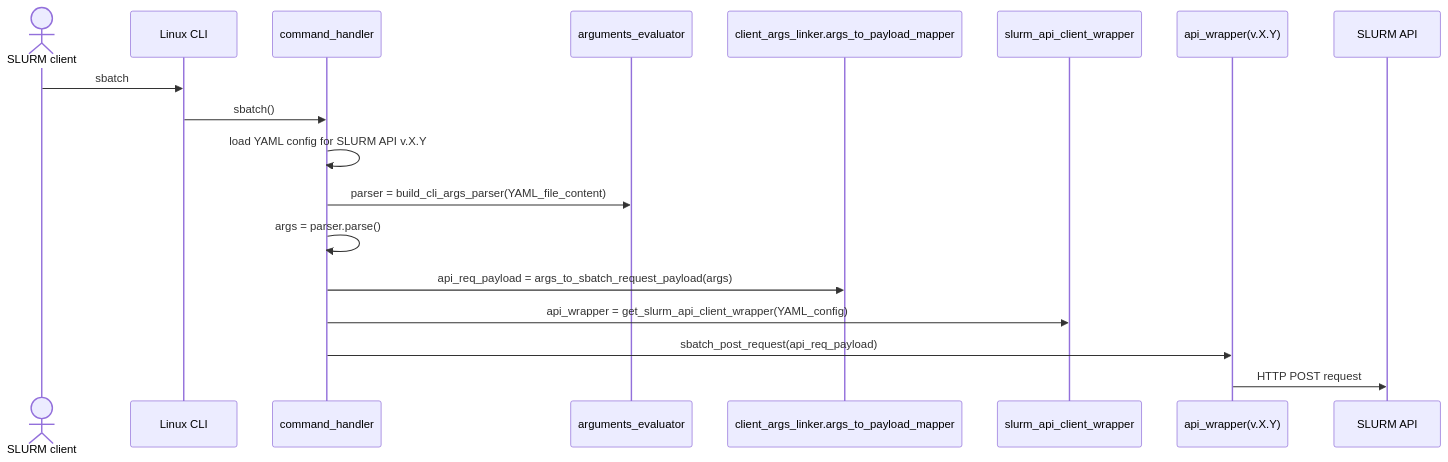
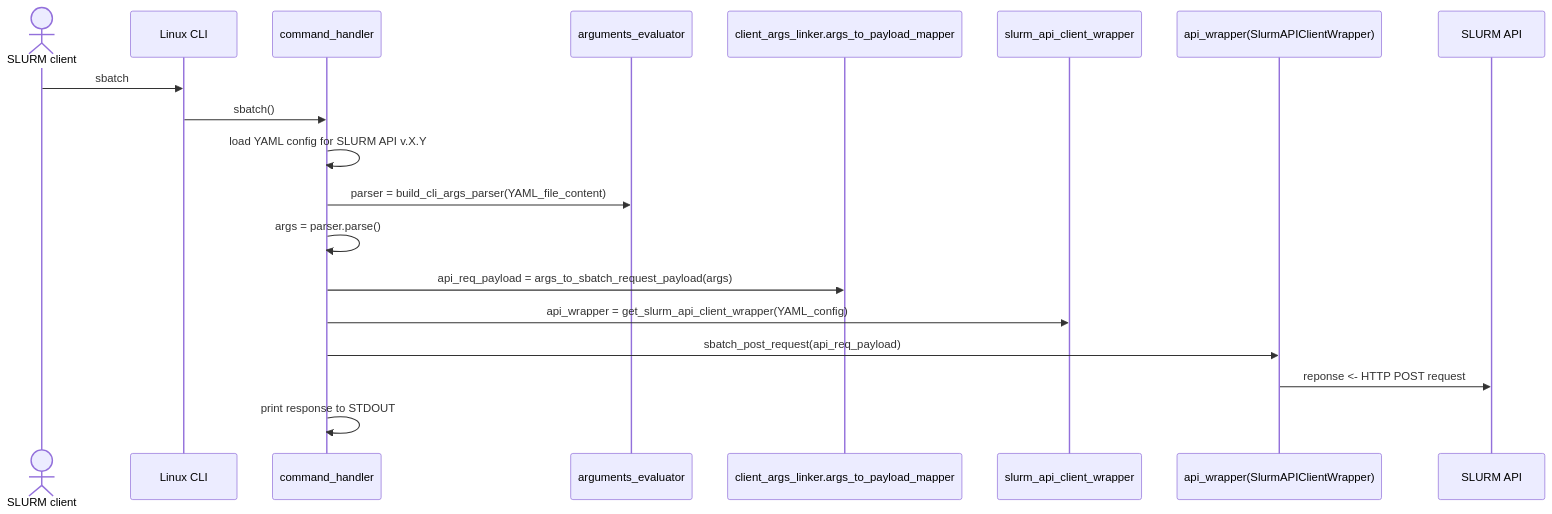
Before and after one commit to SLURM-CLI-API-Proxy/SLURM-CLI-API-Proxy-client: the first of 4 diagrams in docs/design.md, drawn with Mermaid. The commit also changed other lines of this file and 1 other file, not shown here.

````diff
--- a/docs/design.md
+++ b/docs/design.md
@@ -51,19 +65,21 @@
 ```mermaid
 sequenceDiagram
     actor SLURM client
     SLURM client ->> Linux CLI: sbatch
     Linux CLI ->> command_handler: sbatch()    
     command_handler ->> command_handler: load YAML config for SLURM API v.X.Y
     
     command_handler ->> arguments_evaluator: parser = build_cli_args_parser(YAML_file_content)
     
     command_handler ->> command_handler: args = parser.parse()
     
     command_handler ->> client_args_linker.args_to_payload_mapper : api_req_payload = args_to_sbatch_request_payload(args)
     
     command_handler ->> slurm_api_client_wrapper: api_wrapper = get_slurm_api_client_wrapper(YAML_config)
     
-    command_handler ->> api_wrapper(v.X.Y): sbatch_post_request(api_req_payload)
-    api_wrapper(v.X.Y) ->> SLURM API: HTTP POST request
+    command_handler ->> api_wrapper(SlurmAPIClientWrapper): sbatch_post_request(api_req_payload)
+    api_wrapper(SlurmAPIClientWrapper) ->> SLURM API: reponse <- HTTP POST request
+    
+    command_handler ->> command_handler: print response to STDOUT
     
 ```
````
